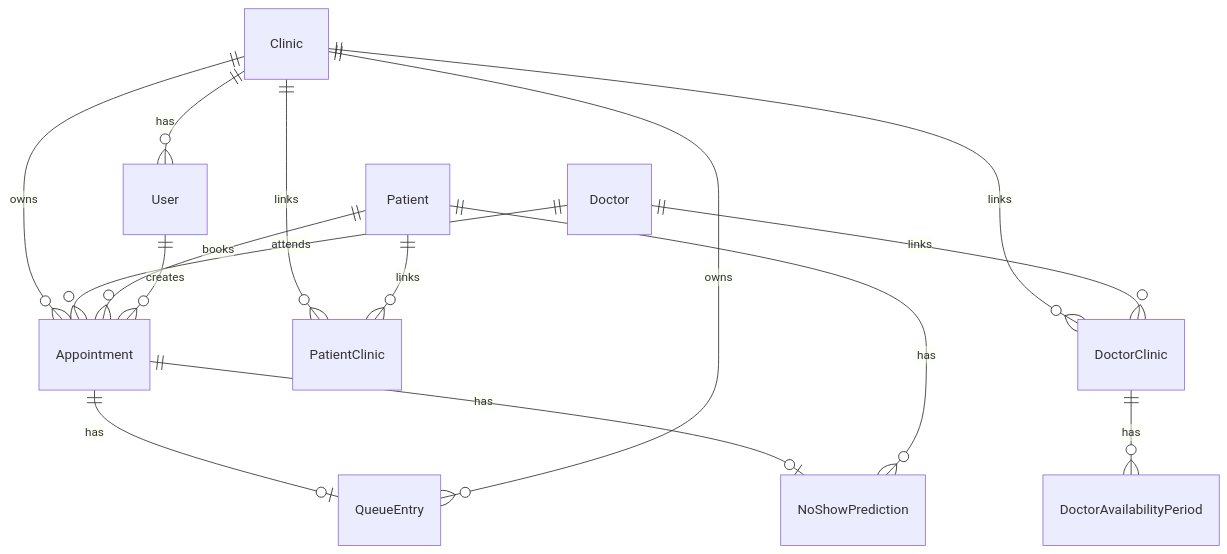
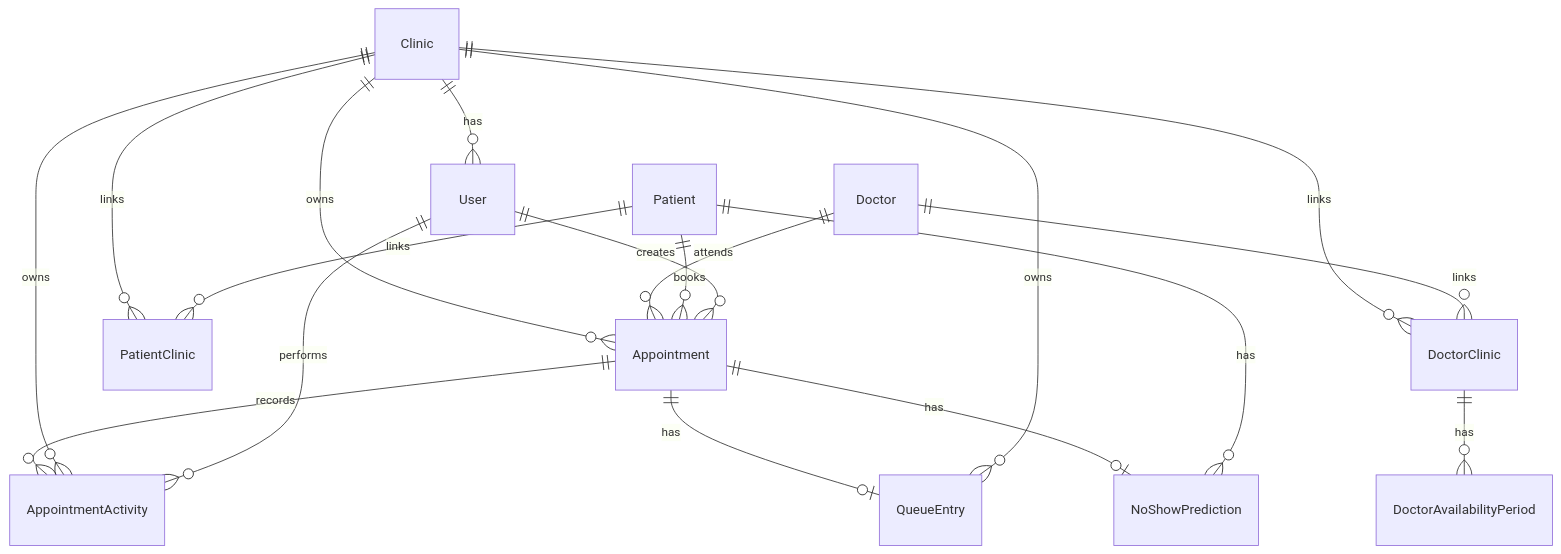
The fifth of 15 diagrams in docs/HLD.md (garvitsingh171/pravaah), drawn with Mermaid before and after one commit. The commit also changed other lines of this file and 34 other files, not shown here.

Commit message:
feat(appointments): add activity history timeline

````diff
--- a/docs/HLD.md
+++ b/docs/HLD.md
@@ -331,17 +331,20 @@
 ```mermaid
 erDiagram
     Clinic ||--o{ User : has
     Clinic ||--o{ DoctorClinic : links
     Doctor ||--o{ DoctorClinic : links
     DoctorClinic ||--o{ DoctorAvailabilityPeriod : has
     Clinic ||--o{ PatientClinic : links
     Patient ||--o{ PatientClinic : links
     Clinic ||--o{ Appointment : owns
     Doctor ||--o{ Appointment : attends
     Patient ||--o{ Appointment : books
     User ||--o{ Appointment : creates
+    Appointment ||--o{ AppointmentActivity : records
+    Clinic ||--o{ AppointmentActivity : owns
+    User ||--o{ AppointmentActivity : performs
     Appointment ||--o| QueueEntry : has
     Appointment ||--o| NoShowPrediction : has
     Clinic ||--o{ QueueEntry : owns
     Patient ||--o{ NoShowPrediction : has
 ```
````
